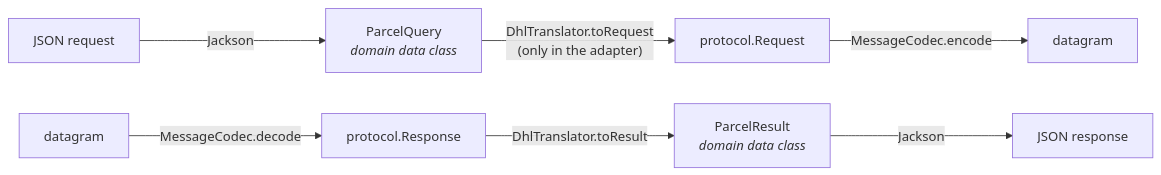
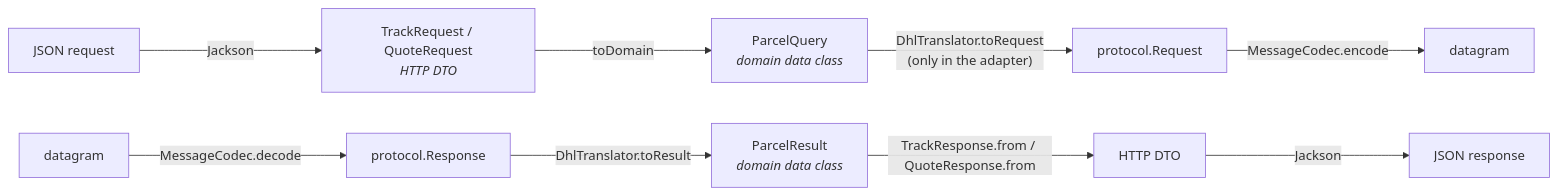
One commit to ndgynxjnsn-alt/waylo changed the third of 12 diagrams in README.md. Above: the diagram before and after it, drawn with Mermaid. The commit also changed other lines of this file and 14 other files, not shown here.

First line of the commit message:
Separate HTTP DTOs and one endpoint per query

````diff
--- a/README.md
+++ b/README.md
@@ -73,9 +73,11 @@
 ```mermaid
 flowchart LR
-    json["JSON request"] -->|Jackson| domain["ParcelQuery<br/><i>domain data class</i>"]
+    json["JSON request"] -->|Jackson| dto["TrackRequest / QuoteRequest<br/><i>HTTP DTO</i>"]
+    dto -->|toDomain| domain["ParcelQuery<br/><i>domain data class</i>"]
     domain -->|"DhlTranslator.toRequest<br/>(only in the adapter)"| wire["protocol.Request"]
     wire -->|MessageCodec.encode| bytes["datagram"]
     bytes2["datagram"] -->|MessageCodec.decode| wire2["protocol.Response"]
     wire2 -->|DhlTranslator.toResult| result["ParcelResult<br/><i>domain data class</i>"]
-    result -->|Jackson| out["JSON response"]
+    result -->|"TrackResponse.from / QuoteResponse.from"| outdto["HTTP DTO"]
+    outdto -->|Jackson| out["JSON response"]
 ```
````
